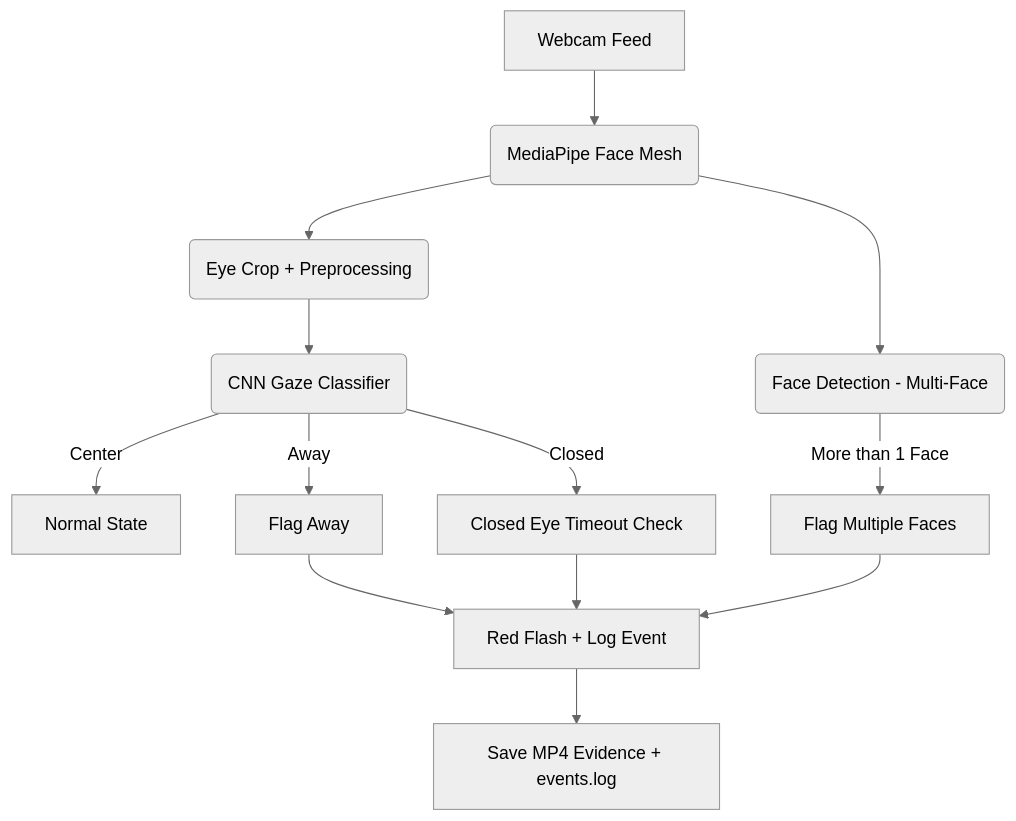
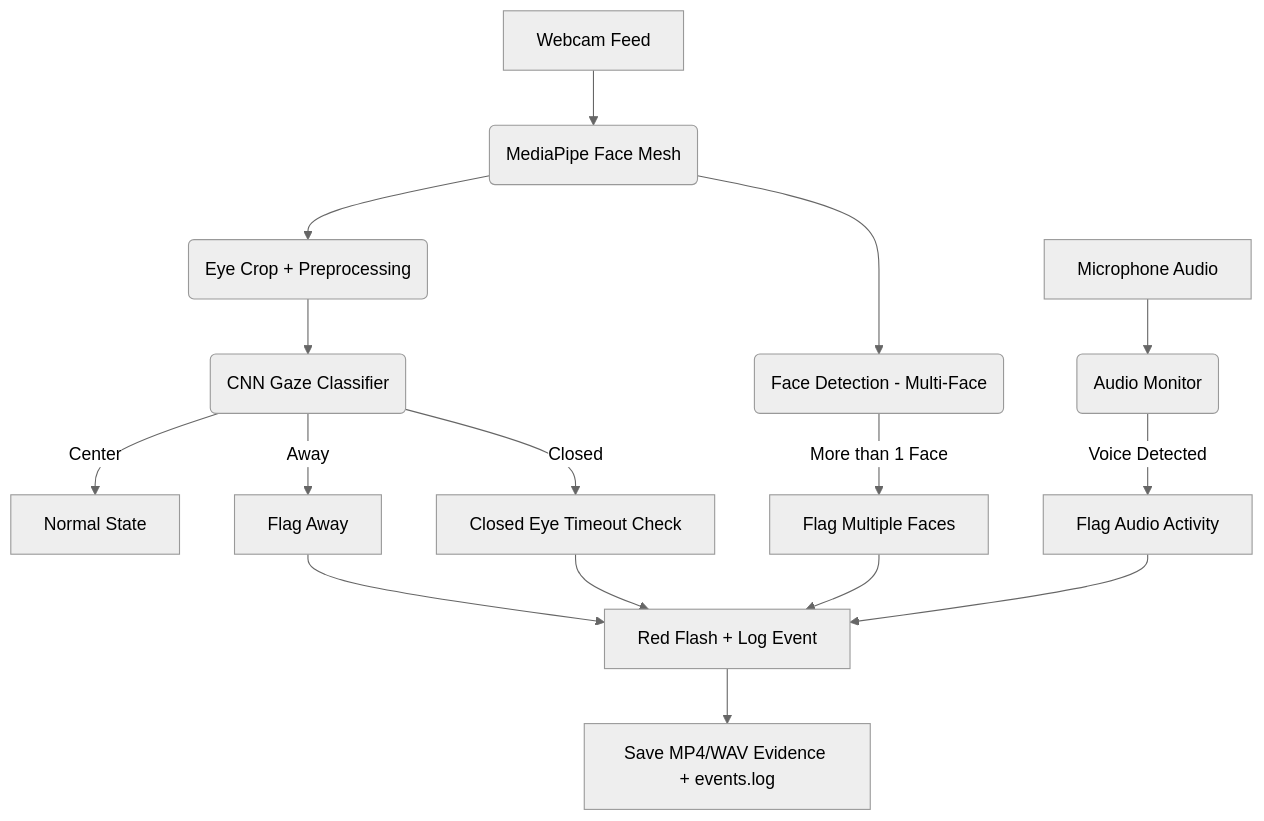
The diagram in README.md (Vatsy05/Gaze_exam_proctor), drawn with Mermaid (neutral theme) before and after one commit. The commit also changed other lines of this file, not shown here.

````diff
--- a/README.md
+++ b/README.md
@@ -93,18 +99,22 @@
 ```mermaid
 flowchart TD
     A[Webcam Feed] --> B(MediaPipe Face Mesh)
     B --> C(Eye Crop + Preprocessing)
     C --> D(CNN Gaze Classifier)
     D -->|Center| E1[Normal State]
     D -->|Away| E2[Flag Away]
     D -->|Closed| E3[Closed Eye Timeout Check]
 
     B --> F(Face Detection - Multi-Face)
     F -->|More than 1 Face| E4[Flag Multiple Faces]
 
+    H[Microphone Audio] --> I(Audio Monitor)
+    I -->|Voice Detected| E5[Flag Audio Activity]
+
     E2 --> G[Red Flash + Log Event]
     E3 --> G
     E4 --> G
+    E5 --> G
 
-    G --> H[Save MP4 Evidence + events.log]
+    G --> H2[Save MP4/WAV Evidence + events.log]
 ```
````
